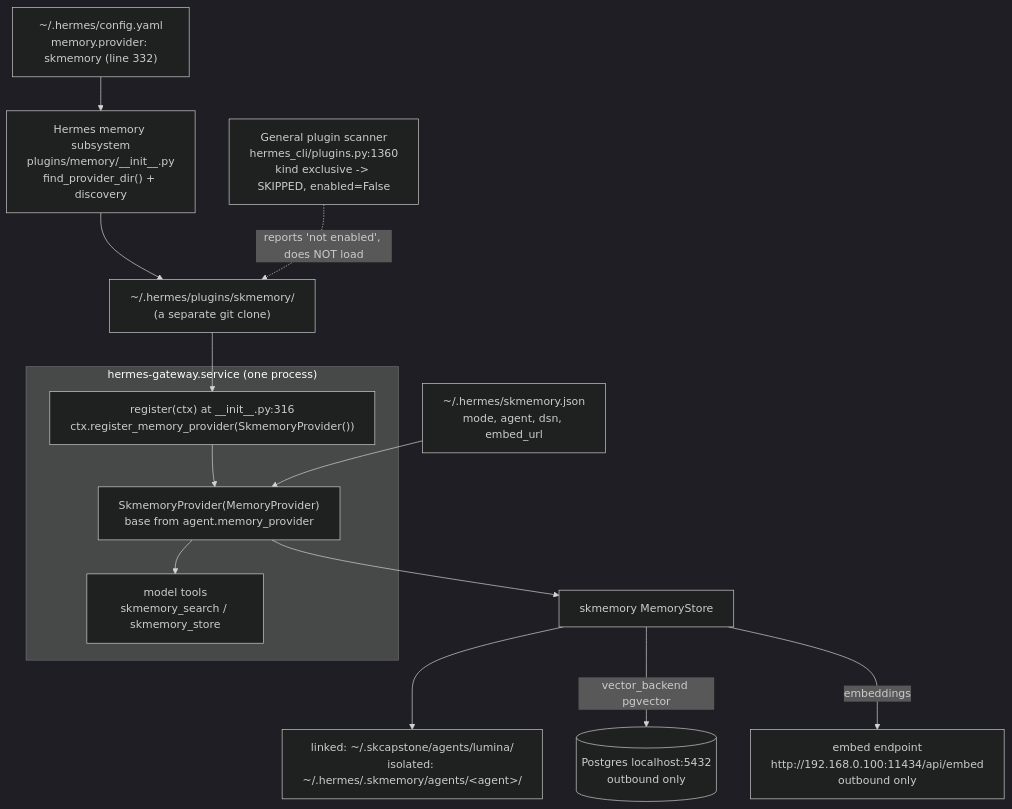
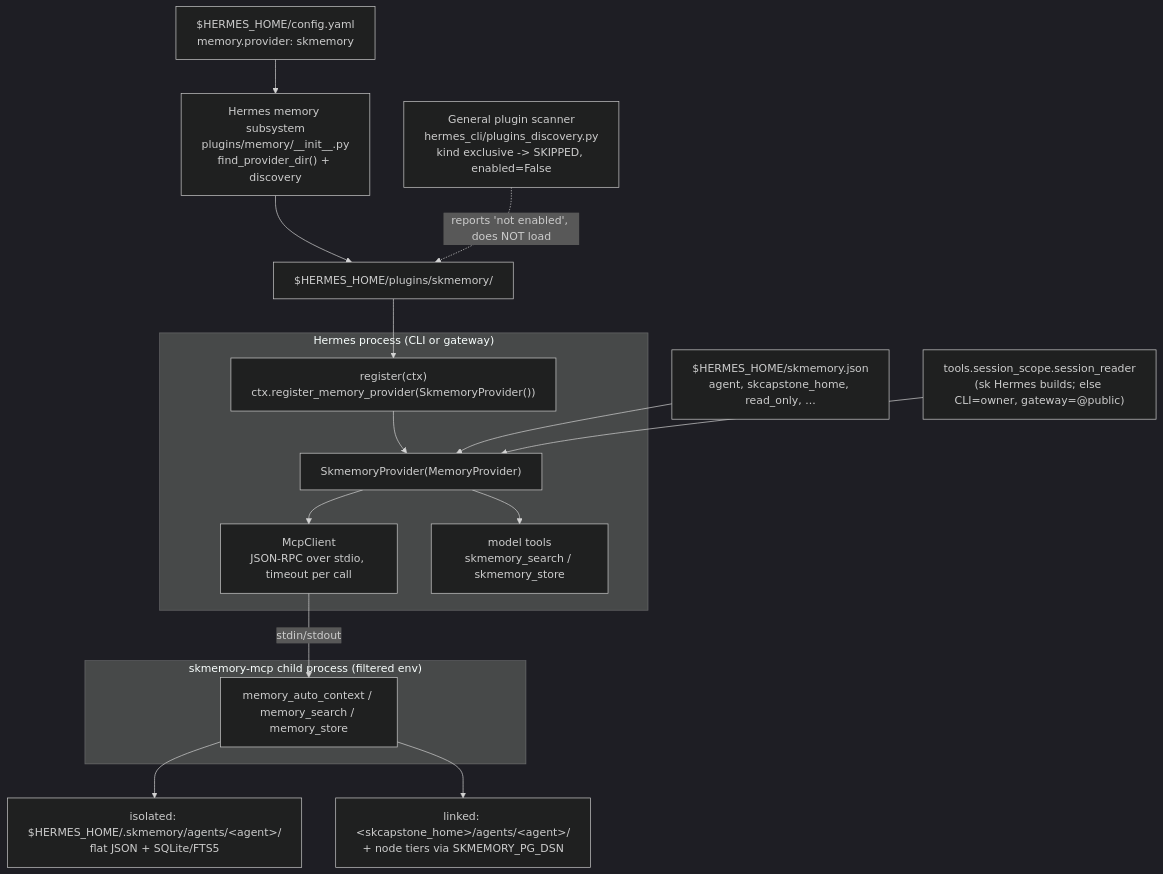
Before and after one commit to smilinTux/hermes-skmemory: the diagram in SOP.md, drawn with Mermaid (dark theme). The commit also changed other lines of this file and 12 other files, not shown here.

First line of the commit message:
feat!: talk to skmemory over MCP instead of importing it (v0.2.0) (#6)

````diff
--- a/SOP.md
+++ b/SOP.md
@@ -52,31 +60,37 @@
 ```mermaid
 flowchart TD
-    CFG["~/.hermes/config.yaml<br/>memory.provider: skmemory (line 332)"]
+    CFG["$HERMES_HOME/config.yaml<br/>memory.provider: skmemory"]
     MEM["Hermes memory subsystem<br/>plugins/memory/__init__.py<br/>find_provider_dir() + discovery"]
-    SCAN["General plugin scanner<br/>hermes_cli/plugins.py:1360<br/>kind exclusive -> SKIPPED, enabled=False"]
-    DIR["~/.hermes/plugins/skmemory/<br/>(a separate git clone)"]
+    SCAN["General plugin scanner<br/>hermes_cli/plugins_discovery.py<br/>kind exclusive -> SKIPPED, enabled=False"]
+    DIR["$HERMES_HOME/plugins/skmemory/"]
 
-    subgraph GW["hermes-gateway.service (one process)"]
-        REG["register(ctx) at __init__.py:316<br/>ctx.register_memory_provider(SkmemoryProvider())"]
-        PROV["SkmemoryProvider(MemoryProvider)<br/>base from agent.memory_provider"]
+    subgraph HERMES["Hermes process (CLI or gateway)"]
+        REG["register(ctx)<br/>ctx.register_memory_provider(SkmemoryProvider())"]
+        PROV["SkmemoryProvider(MemoryProvider)"]
+        CLI["McpClient<br/>JSON-RPC over stdio, timeout per call"]
         TOOLS["model tools<br/>skmemory_search / skmemory_store"]
     end
 
-    JSON["~/.hermes/skmemory.json<br/>mode, agent, dsn, embed_url"]
-    STORE["skmemory MemoryStore"]
-    PG[("Postgres localhost:5432<br/>outbound only")]
-    EMB["embed endpoint<br/>http://192.168.0.100:11434/api/embed<br/>outbound only"]
-    FILES["linked: ~/.skcapstone/agents/lumina/<br/>isolated: ~/.hermes/.skmemory/agents/&lt;agent&gt;/"]
+    JSON["$HERMES_HOME/skmemory.json<br/>agent, skcapstone_home, read_only, ..."]
+    SCOPE["tools.session_scope.session_reader<br/>(sk Hermes builds; else CLI=owner, gateway=@public)"]
+
+    subgraph CHILD["skmemory-mcp child process (filtered env)"]
+        SRV["memory_auto_context / memory_search / memory_store"]
+    end
+
+    ISO["isolated: $HERMES_HOME/.skmemory/agents/&lt;agent&gt;/<br/>flat JSON + SQLite/FTS5"]
+    LNK["linked: &lt;skcapstone_home&gt;/agents/&lt;agent&gt;/<br/>+ node tiers via SKMEMORY_PG_DSN"]
 
     CFG --> MEM
     MEM --> DIR
     DIR --> REG
     SCAN -.->|reports 'not enabled', does NOT load| DIR
     REG --> PROV
+    JSON --> PROV
+    SCOPE --> PROV
     PROV --> TOOLS
-    JSON --> PROV
-    PROV --> STORE
-    STORE --> FILES
-    STORE -->|vector_backend pgvector| PG
-    STORE -->|embeddings| EMB
+    PROV --> CLI
+    CLI -->|stdin/stdout| SRV
+    SRV --> ISO
+    SRV --> LNK
 ```
````
